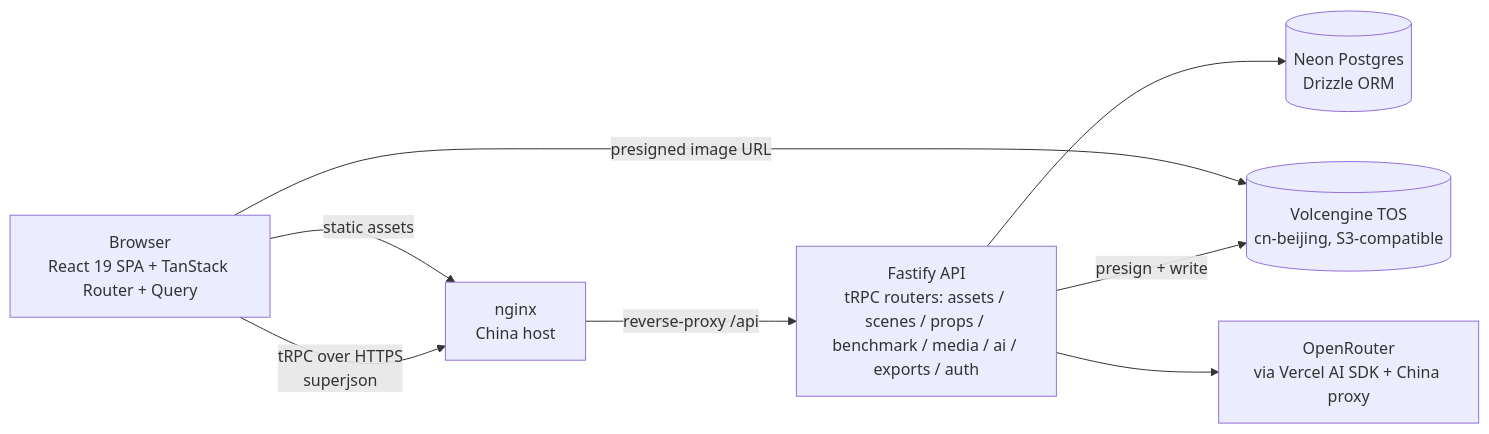
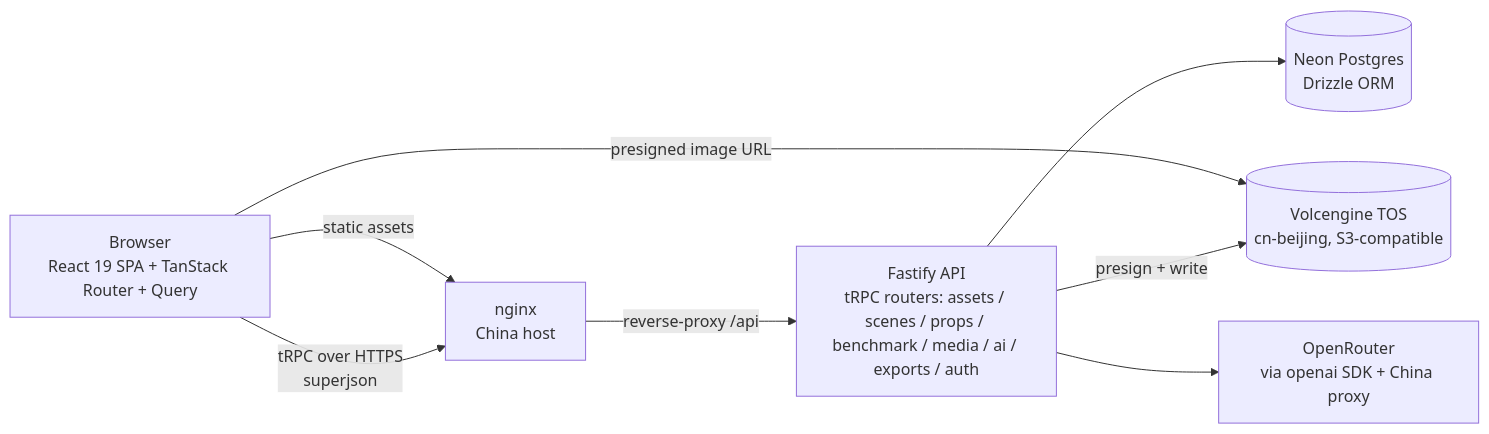
One commit to smilexuhc/benchmark-repo changed the first of 4 diagrams in docs/plans/2026-05-30-001-refactor-asset-library-stack-rebuild-plan.md. Above: the diagram before and after it, drawn with Mermaid. The commit also changed other lines of this file, not shown here.

First line of the commit message:
docs: drop Vercel AI SDK, target benchmark-admin/ for rebuild

````diff
--- a/docs/plans/2026-05-30-001-refactor-asset-library-stack-rebuild-plan.md
+++ b/docs/plans/2026-05-30-001-refactor-asset-library-stack-rebuild-plan.md
@@ -70,17 +70,17 @@
 ```mermaid
 flowchart LR
   B[Browser<br/>React 19 SPA + TanStack Router + Query]
   N[nginx<br/>China host]
   S[Fastify API<br/>tRPC routers: assets / scenes / props / benchmark / media / ai / exports / auth]
   D[(Neon Postgres<br/>Drizzle ORM)]
   T[(Volcengine TOS<br/>cn-beijing, S3-compatible)]
-  A[OpenRouter<br/>via Vercel AI SDK + China proxy]
+  A[OpenRouter<br/>via openai SDK + China proxy]
 
   B -- static assets --> N
   B -- tRPC over HTTPS<br/>superjson --> N
   N -- reverse-proxy /api --> S
   B -- presigned image URL --> T
   S --> D
   S -- presign + write --> T
   S --> A
 ```
````
